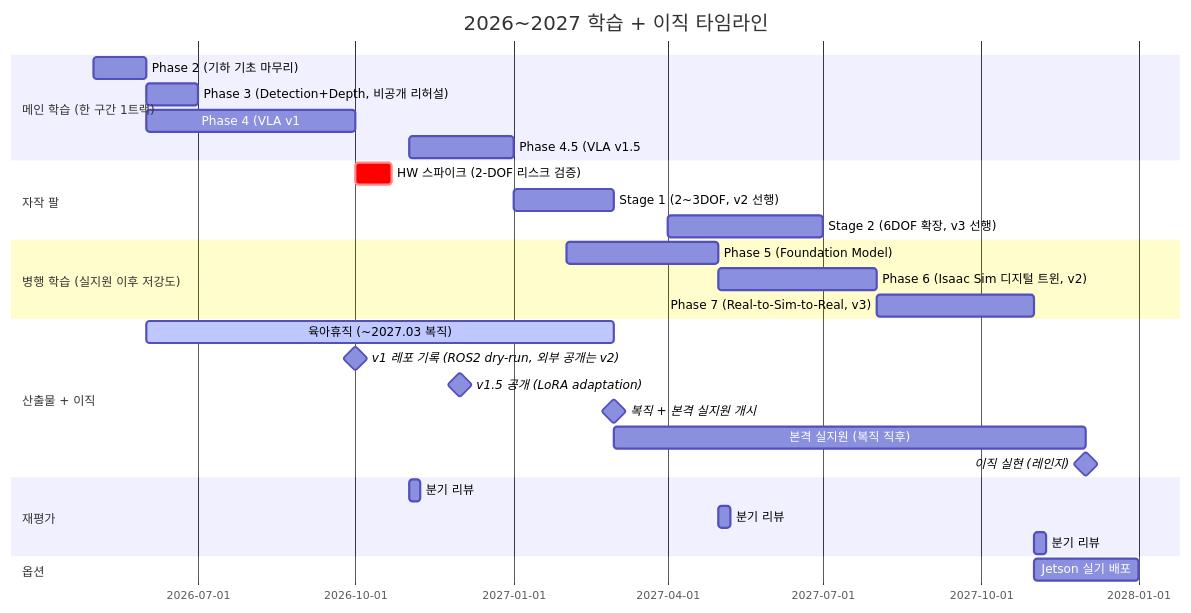
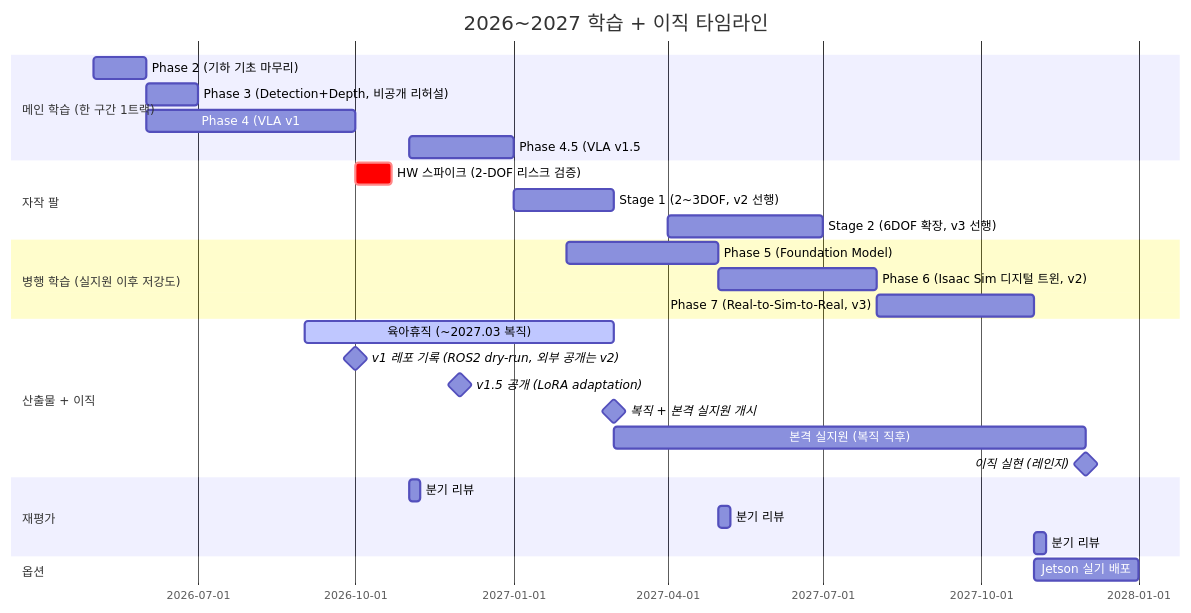
One commit to tylee-yeonge/physical-ai-study changed the diagram in README.md. Above: the diagram before and after it, drawn with Mermaid. The commit also changed other lines of this file and 3 other files, not shown here.

````diff
--- a/README.md
+++ b/README.md
@@ -63,31 +63,31 @@
 ```mermaid
 gantt
     title 2026~2027 학습 + 이직 타임라인
     dateFormat YYYY-MM
     section 메인 학습 (한 구간 1트랙)
     Phase 2 (기하 기초 마무리) :a1, 2026-05, 1M
     Phase 3 (Detection+Depth, 비공개 리허설) :a2, 2026-06, 1M
     Phase 4 (VLA v1: zero-shot 추론 + ROS2) :a3, 2026-06, 4M
     Phase 4.5 (VLA v1.5: LoRA adaptation) :a35, 2026-11, 2M
     section 자작 팔
     HW 스파이크 (2-DOF 리스크 검증) :crit, h0, 2026-10, 3w
     Stage 1 (2~3DOF, v2 선행) :h1, 2027-01, 2M
     Stage 2 (6DOF 확장, v3 선행) :h2, 2027-04, 3M
     section 병행 학습 (실지원 이후 저강도)
     Phase 5 (Foundation Model) :a4, 2027-02, 3M
     Phase 6 (Isaac Sim 디지털 트윈, v2) :a5, 2027-05, 3M
     Phase 7 (Real-to-Sim-to-Real, v3) :a6, 2027-08, 3M
     section 산출물 + 이직
-    육아휴직 (~2027.03 복직) :active, leave, 2026-06, 9M
+    육아휴직 (~2027.03 복직) :active, leave, 2026-09, 6M
     v1 레포 기록 (ROS2 dry-run, 외부 공개는 v2) :milestone, d1, 2026-10, 0d
     v1.5 공개 (LoRA adaptation) :milestone, d15, 2026-12, 0d
     복직 + 본격 실지원 개시 :milestone, d3, 2027-03, 0d
     본격 실지원 (복직 직후) :b2, 2027-03, 9M
     이직 실현 (레인지) :milestone, d2, 2027-12, 0d
     section 재평가
     분기 리뷰 :rev1, 2026-11, 1w
     분기 리뷰 :rev2, 2027-05, 1w
     분기 리뷰 :rev3, 2027-11, 1w
     section 옵션
     Jetson 실기 배포 :opt, 2027-11, 2M
 ```
````
